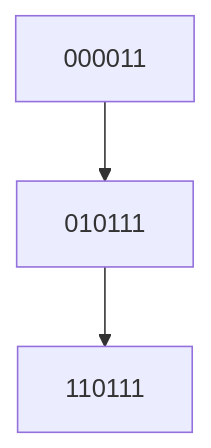
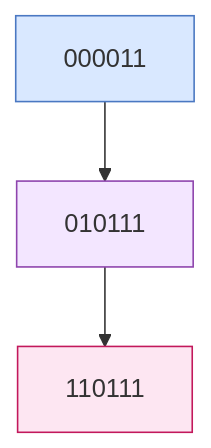
Before and after one commit to sciganec/subit-atlas: the seventh of 8 diagrams in whitepaper/Whitepaper‑Figures.mmd, drawn with Mermaid. The commit also changed other lines of this file, not shown here.

````diff
--- a/whitepaper/Whitepaper‑Figures.mmd
+++ b/whitepaper/Whitepaper‑Figures.mmd
@@ -116,4 +185,8 @@
 ```mermaid
 graph TD
     U1["000011"] --> U2["010111"] --> U3["110111"]
+
+    style U1 fill:#d9e8ff,stroke:#4a78c2
+    style U2 fill:#f3e6ff,stroke:#8e44ad
+    style U3 fill:#fde6f2,stroke:#c2185b
 ```
````
